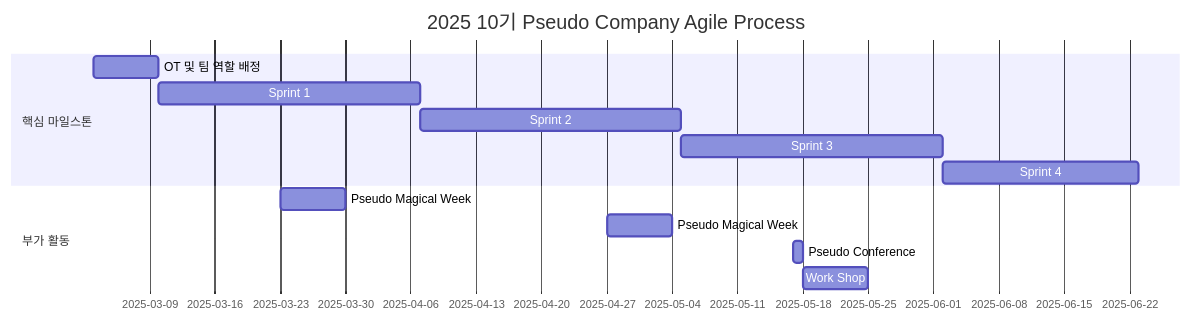
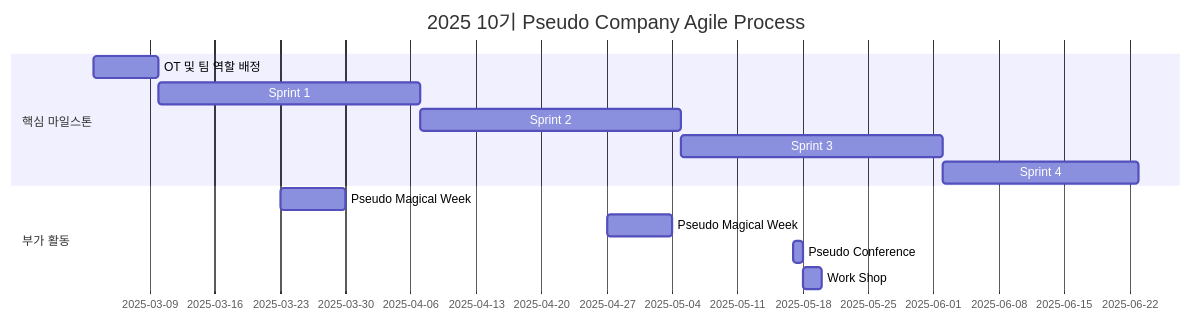
Before and after one commit to Pseudo-Lab/Proact0: the diagram in README.md, drawn with Mermaid.

````diff
--- a/README.md
+++ b/README.md
@@ -85,15 +85,15 @@
 ```mermaid
 gantt
     title 2025 10기 Pseudo Company Agile Process
     section 핵심 마일스톤 
     OT 및 팀 역할 배정        :a1, 2025-03-03, 7d
     Sprint 1                  :a2, after a1, 28d
     Sprint 2                  :a3, after a2, 28d
     Sprint 3                  :a4, after a3, 28d
     Sprint 4                  :a5, after a4, 21d
     section 부가 활동
     Pseudo Magical Week       :b1, 2025-03-23, 7d
     Pseudo Magical Week       :b2, 2025-04-27, 7d
     Pseudo Conference         :b3, 2025-05-17, 1d
-    Work Shop                 :b4, after b3, 7d
+    Work Shop                 :b4, after b3, 2d
 ```
````
